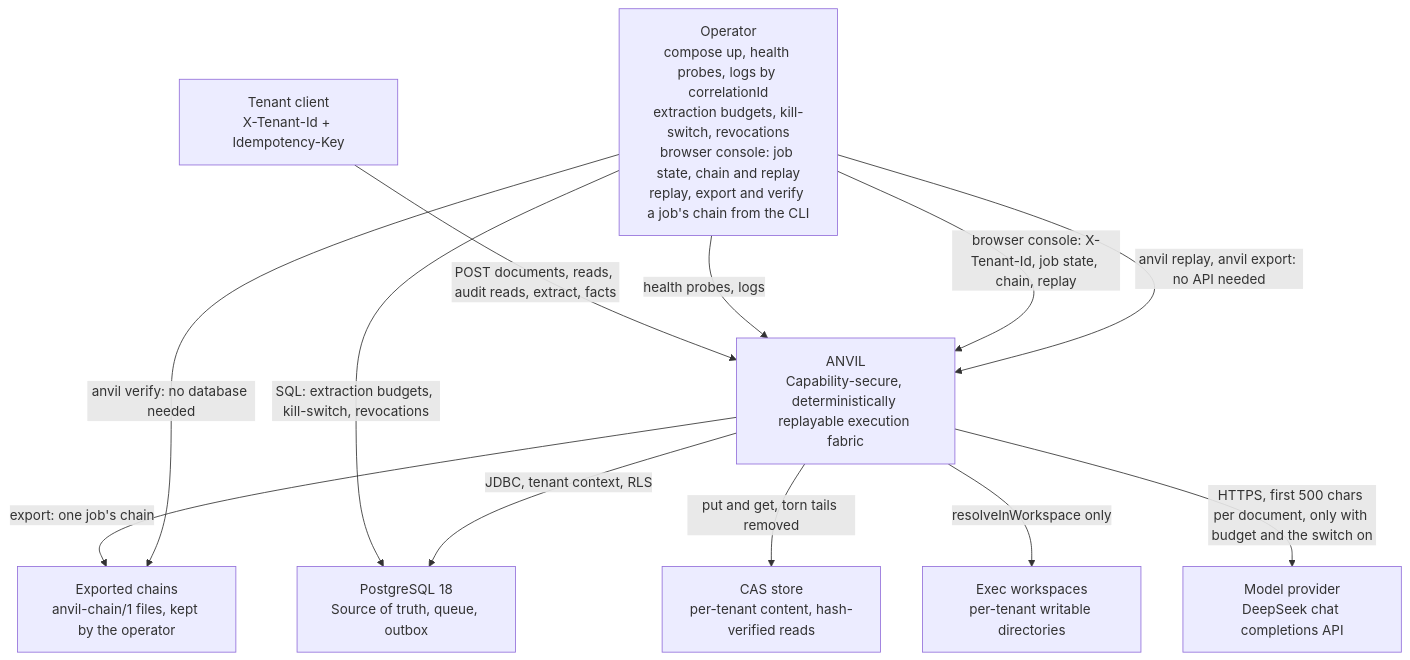
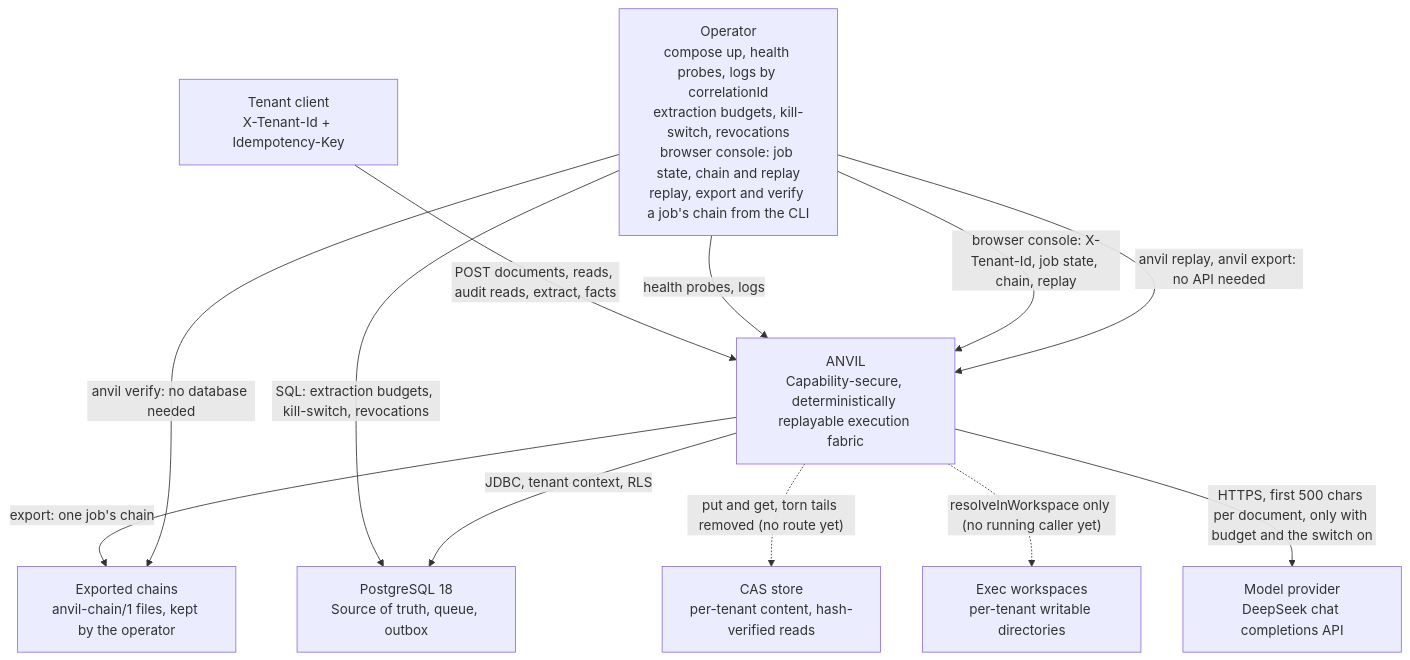
The diagram in docs/architecture/context.mmd (G1DO/anvil), drawn with Mermaid before and after one commit. The commit also changed 4 other files, not shown here.

First line of the commit message:
Show in the diagrams what runs and what doesn't

```diff
--- a/docs/architecture/context.mmd
+++ b/docs/architecture/context.mmd
@@ -1,20 +1,20 @@
 flowchart TB
     tenantClient["Tenant client<br/>X-Tenant-Id + Idempotency-Key"]
     operator["Operator<br/>compose up, health probes, logs by correlationId<br/>extraction budgets, kill-switch, revocations<br/>browser console: job state, chain and replay<br/>replay, export and verify a job's chain from the CLI"]
     anvil["ANVIL<br/>Capability-secure, deterministically replayable execution fabric"]
     postgres["PostgreSQL 18<br/>Source of truth, queue, outbox"]
     casStore["CAS store<br/>per-tenant content, hash-verified reads"]
     execWorkspaces["Exec workspaces<br/>per-tenant writable directories"]
     llm["Model provider<br/>DeepSeek chat completions API"]
     exports["Exported chains<br/>anvil-chain/1 files, kept by the operator"]
     tenantClient -->|POST documents, reads, audit reads, extract, facts| anvil
     operator -->|health probes, logs| anvil
     operator -->|"browser console: X-Tenant-Id, job state, chain, replay"| anvil
     operator -->|SQL: extraction budgets, kill-switch, revocations| postgres
     operator -->|"anvil replay, anvil export: no API needed"| anvil
     anvil -->|"export: one job's chain"| exports
     operator -->|"anvil verify: no database needed"| exports
     anvil -->|JDBC, tenant context, RLS| postgres
-    anvil -->|put and get, torn tails removed| casStore
-    anvil -->|resolveInWorkspace only| execWorkspaces
+    anvil -.->|"put and get, torn tails removed (no route yet)"| casStore
+    anvil -.->|"resolveInWorkspace only (no running caller yet)"| execWorkspaces
     anvil -->|HTTPS, first 500 chars per document, only with budget and the switch on| llm
```
